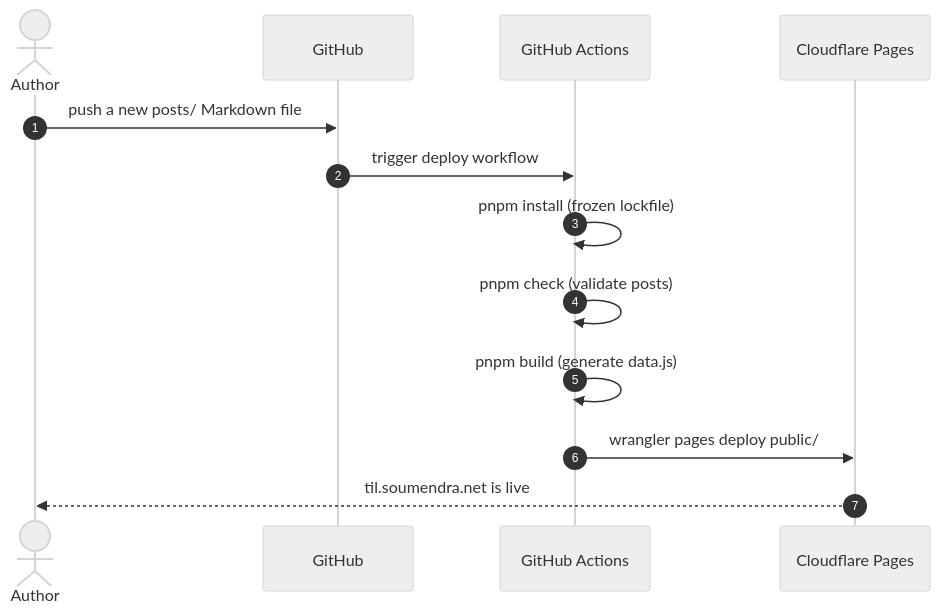
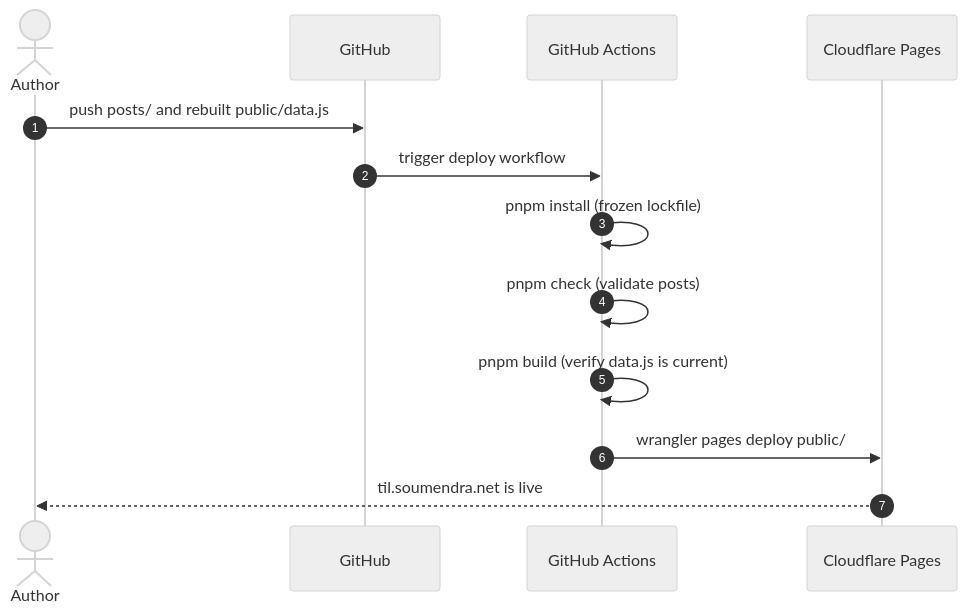
Before and after one commit to soumendrak/TIL: the third of 3 diagrams in README.md, drawn with Mermaid (neutral theme). The commit also changed other lines of this file and 6 other files, not shown here.

First line of the commit message:
Commit generated public/data.js so posts always deploy

````diff
--- a/README.md
+++ b/README.md
@@ -165,15 +166,15 @@
 ```mermaid
 sequenceDiagram
   autonumber
   actor Dev as Author
   participant GH as GitHub
   participant CI as GitHub Actions
   participant CF as Cloudflare Pages
-  Dev->>GH: push a new posts/ Markdown file
+  Dev->>GH: push posts/ and rebuilt public/data.js
   GH->>CI: trigger deploy workflow
   CI->>CI: pnpm install (frozen lockfile)
   CI->>CI: pnpm check (validate posts)
-  CI->>CI: pnpm build (generate data.js)
+  CI->>CI: pnpm build (verify data.js is current)
   CI->>CF: wrangler pages deploy public/
   CF-->>Dev: til.soumendra.net is live
 ```
````
